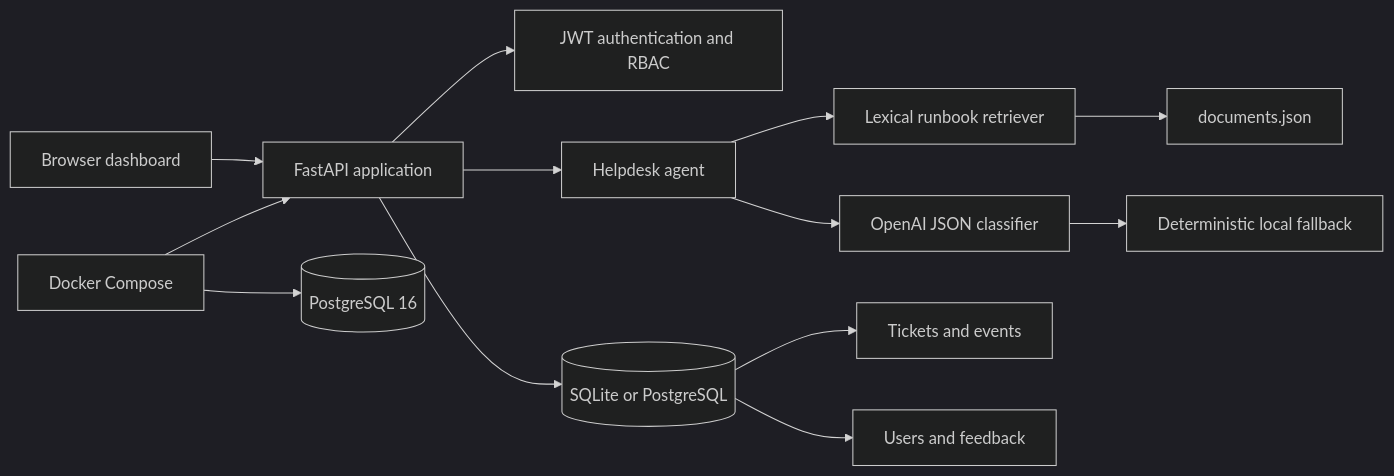
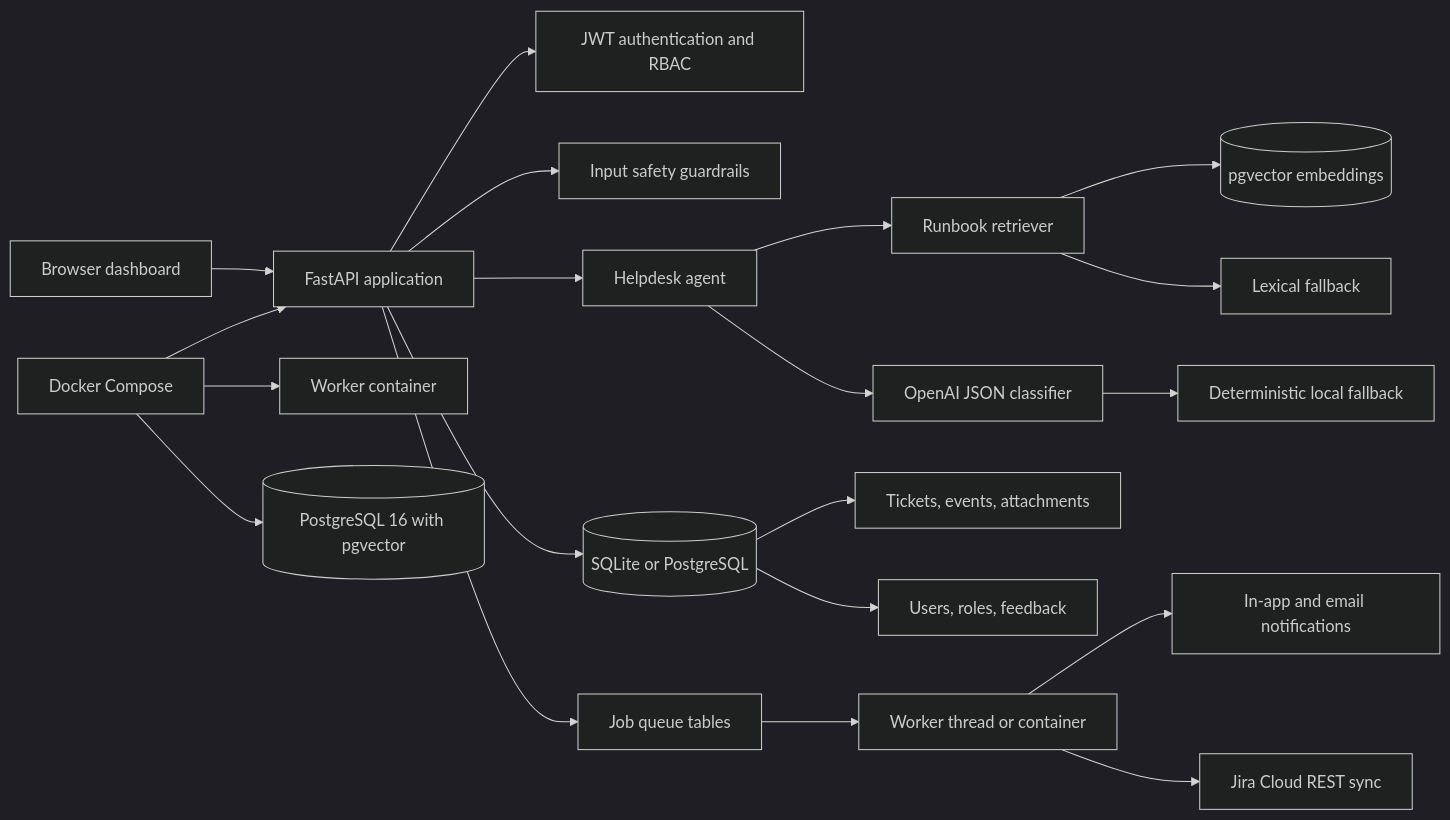
Before and after one commit to aikanii/helpdesk-agent: the first of 2 diagrams in README.md, drawn with Mermaid (dark theme). The commit also changed other lines of this file, not shown here.

````diff
--- a/README.md
+++ b/README.md
@@ -22,15 +27,22 @@
 ```mermaid
 flowchart LR
 	Browser[Browser dashboard] --> API[FastAPI application]
 	API --> Auth[JWT authentication and RBAC]
+	API --> Safety[Input safety guardrails]
 	API --> Agent[Helpdesk agent]
-	Agent --> RAG[Lexical runbook retriever]
-	RAG --> Docs[documents.json]
+	API --> DB[(SQLite or PostgreSQL)]
+	API --> Queue[Job queue tables]
+	Agent --> RAG[Runbook retriever]
+	RAG --> PG[(pgvector embeddings)]
+	RAG --> Lexical[Lexical fallback]
 	Agent --> LLM[OpenAI JSON classifier]
-	LLM --> Fallback[Deterministic local fallback]
-	API --> DB[(SQLite or PostgreSQL)]
-	DB --> Tickets[Tickets and events]
-	DB --> Users[Users and feedback]
+	LLM --> Local[Deterministic local fallback]
+	DB --> Tickets[Tickets, events, attachments]
+	DB --> Users[Users, roles, feedback]
+	Queue --> Worker[Worker thread or container]
+	Worker --> Notify[In-app and email notifications]
+	Worker --> Jira[Jira Cloud REST sync]
 	Docker[Docker Compose] --> API
-	Docker --> Postgres[(PostgreSQL 16)]
+	Docker --> WorkerContainer[Worker container]
+	Docker --> Postgres[(PostgreSQL 16 with pgvector)]
 ```
````
